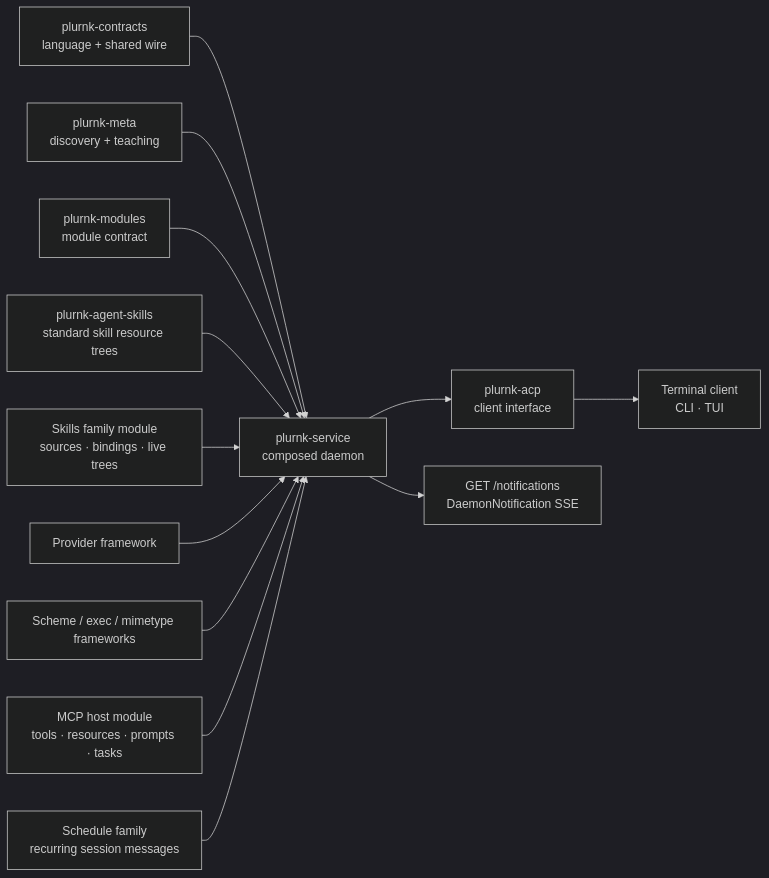
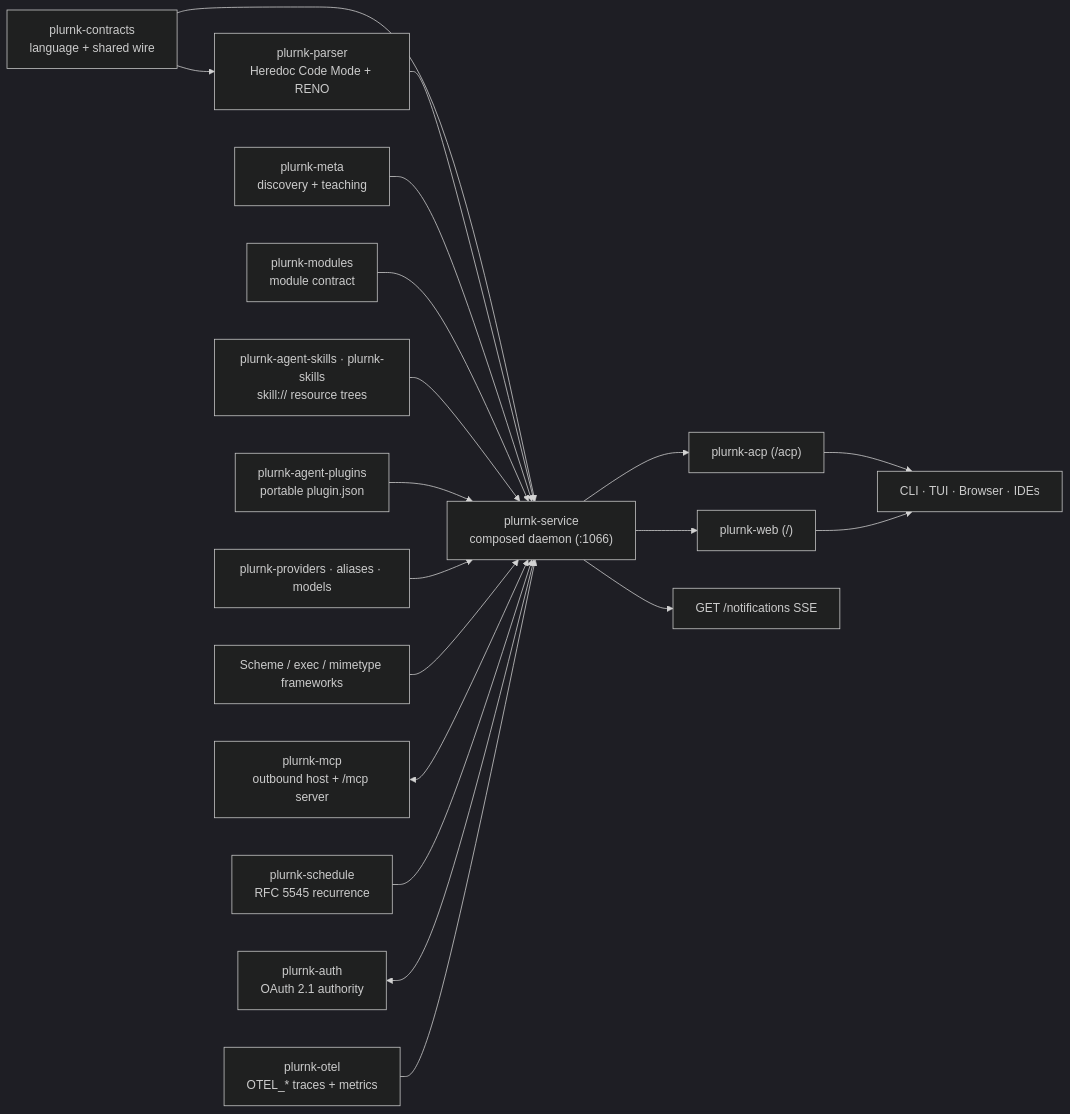
Before and after one commit to plurnk/plurnk-service: the second of 5 diagrams in ARCHITECTURE.md, drawn with Mermaid (dark theme). The commit also changed other lines of this file and 46 other files, not shown here.

Commit message:
docs: prune 6.0 surface and add ACP and DaemonModule shapes to extensibility (#1439)

````diff
--- a/ARCHITECTURE.md
+++ b/ARCHITECTURE.md
@@ -64,16 +64,20 @@
 ```mermaid
 flowchart LR
-    contracts["plurnk-contracts<br/>language + shared wire"] --> core
+    contracts["plurnk-contracts<br/>language + shared wire"] --> parser["plurnk-parser<br/>Heredoc Code Mode + RENO"] & core
+    parser --> core
     meta["plurnk-meta<br/>discovery + teaching"] --> core
     modules["plurnk-modules<br/>module contract"] --> core
-    skills["plurnk-agent-skills<br/>standard skill resource trees"] --> core
-    skillFamily["Skills family module<br/>sources · bindings · live trees"] --> core
-    providers["Provider framework"] --> core
+    skills["plurnk-agent-skills · plurnk-skills<br/>skill:// resource trees"] --> core
+    plugins["plurnk-agent-plugins<br/>portable plugin.json"] --> core
+    providers["plurnk-providers · aliases · models"] --> core
     frameworks["Scheme / exec / mimetype frameworks"] --> core
-    mcp["MCP host module<br/>tools · resources · prompts · tasks"] --> core
-    schedule["Schedule family<br/>recurring session messages"] --> core
-    core["plurnk-service<br/>composed daemon"]
-    core --> acp["plurnk-acp<br/>client interface"]
-    core --> notifications["GET /notifications<br/>DaemonNotification SSE"]
-    acp --> clients["Terminal client<br/>CLI · TUI"]
+    mcp["plurnk-mcp<br/>outbound host + /mcp server"] <--> core
+    schedule["plurnk-schedule<br/>RFC 5545 recurrence"] --> core
+    auth["plurnk-auth<br/>OAuth 2.1 authority"] <--> core
+    otel["plurnk-otel<br/>OTEL_* traces + metrics"] --> core
+    core["plurnk-service<br/>composed daemon (:1066)"]
+    core --> acp["plurnk-acp (/acp)"]
+    core --> web["plurnk-web (/)"]
+    core --> notifications["GET /notifications SSE"]
+    acp & web --> clients["CLI · TUI · Browser · IDEs"]
 ```
````
